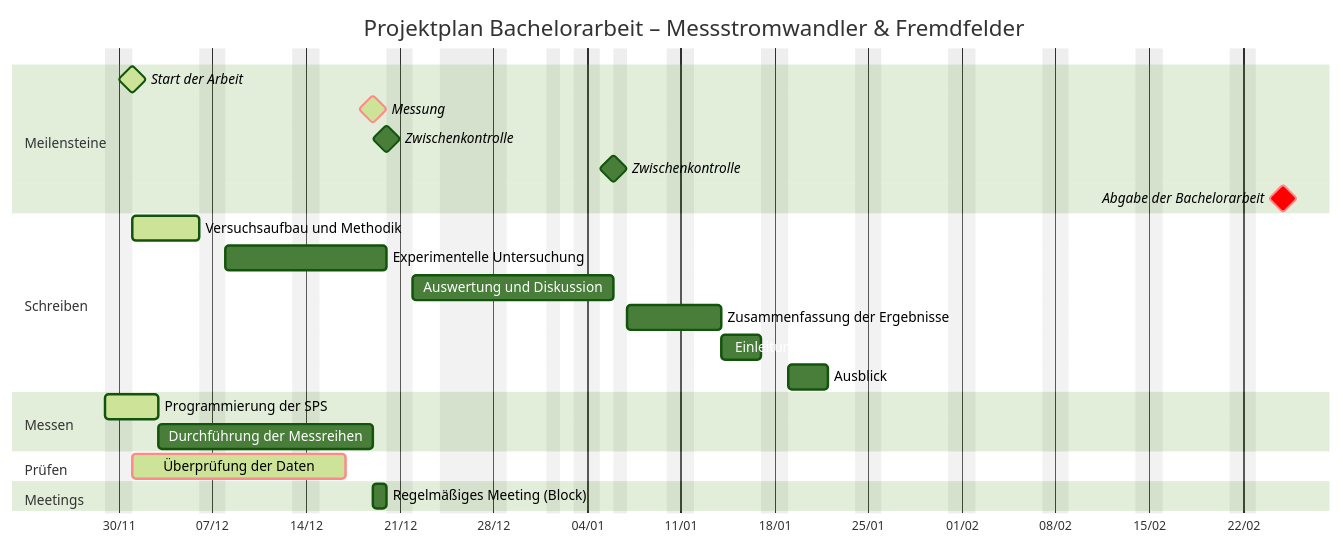
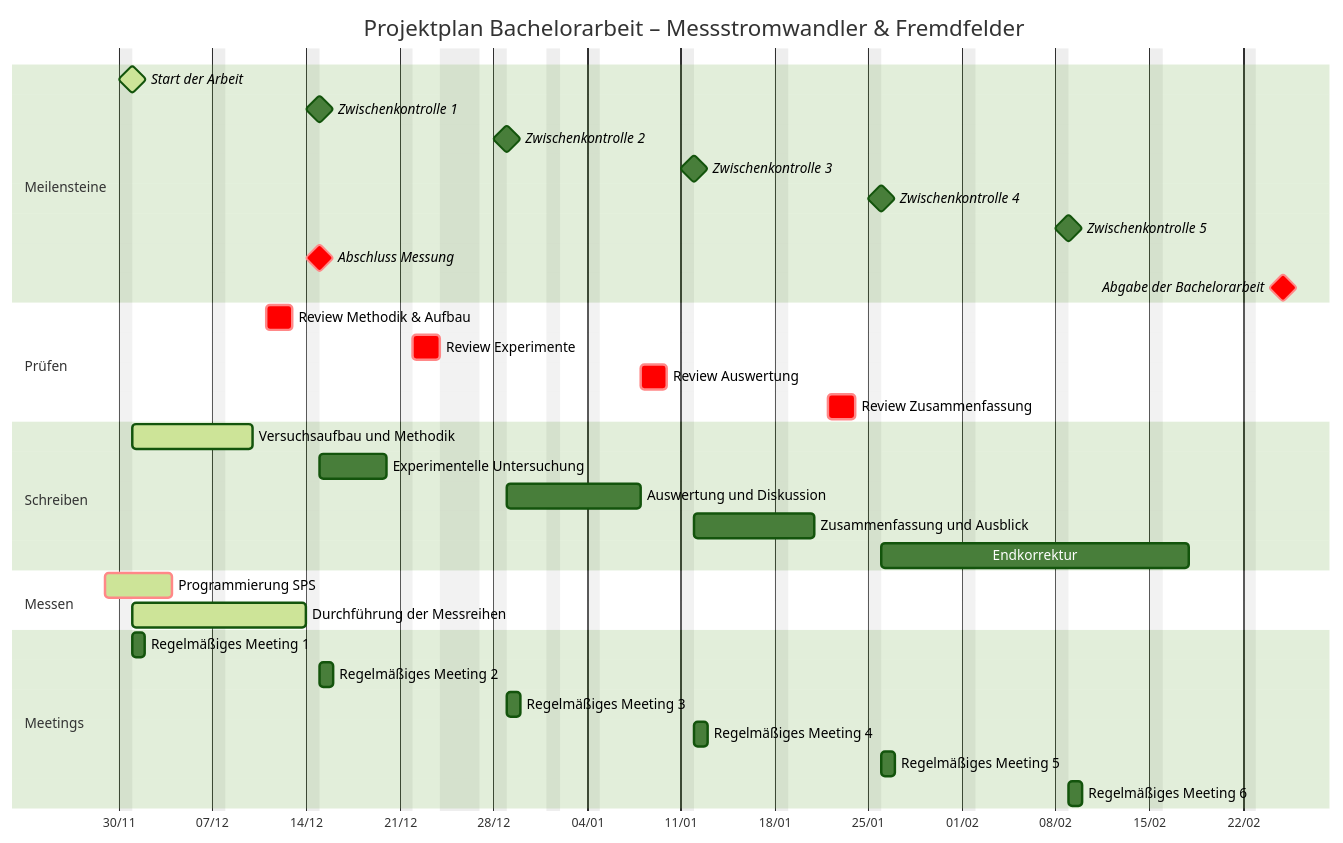
Before and after one commit to oliverschmidt99/Bachelorarbeit-Fremdfeldbeeinflussung-Messstromwandler: the diagram in README.md, drawn with Mermaid (forest theme). The commit also changed other lines of this file, not shown here.

Commit message:
refactor: Überarbeitung der Projektübersicht, Anpassung des Zeitplans und Verbesserung der Struktur in der README

````diff
--- a/README.md
+++ b/README.md
@@ -20,58 +16,78 @@
 ```mermaid
 gantt
     title Projektplan Bachelorarbeit – Messstromwandler & Fremdfelder
     dateFormat  YYYY-MM-DD
     axisFormat %d/%m
-    excludes    2025-12-24, 2025-12-25, 2025-12-26, 2026-01-01, 2026-01-06, weekends
+    excludes    2025-12-24, 2025-12-25, 2025-12-26, 2026-01-01, sunday
 
     %% ==============================================================================
-    %% LEGENDE / BEFEHLE
+    %% MEILENSTEINE (Alle 14 Tage)
     %% ==============================================================================
-    %% :milestone -> Erzeugt eine Raute (Wichtig: Dauer auf 0d setzen!)
-    %% :crit      -> Roter Rahmen/Füllung (Kritisch)
-    %% :active    -> In Bearbeitung
-    %% :done      -> Erledigt
-    %% ==============================================================================
+    section Meilensteine
+    Start der Arbeit                    :active, milestone, start, 2025-12-01, 0d
+
+    Zwischenkontrolle 1                 :milestone, zk1, 2025-12-15, 0d
+    Zwischenkontrolle 2                 :milestone, zk2, 2025-12-29, 0d
+    Zwischenkontrolle 3                 :milestone, zk3, 2026-01-12, 0d
+    Zwischenkontrolle 4                 :milestone, zk4, 2026-01-26, 0d
+    Zwischenkontrolle 5                 :milestone, zk5, 2026-02-09, 0d
+
+    Abschluss Messung                   :crit, milestone, mess_ende, after messung_1, 0d
+    Abgabe der Bachelorarbeit           :crit, milestone, abgabe, 2026-02-25, 0d
 
 
-    %% ============================
-    %% Wichtige Meilensteine (NEU)
-    %% ============================
-    section Meilensteine
-    Start der Arbeit                    :active,milestone, start, 2025-12-01, 0d
-    Messung                             :active, crit, milestone, after messung_1, 0d
-    Zwischenkontrolle                   :milestone, after pruefung_1, 2025-12-20, 0d
-    Zwischenkontrolle                   :milestone, after pruefung_1, 2026-01-06, 0d
-    Abgabe der Bachelorarbeit           :crit, milestone, abgabe, 2026-02-25, 0d
+    %% ==============================================================================
+    %% PRÜFEN (Reviews immer 2 Tage VOR dem Meilenstein/Meeting)
+    %% ==============================================================================
+    section Prüfen
+    %% ZK1 ist am 15.12 (Mo) -> Prüfung am Do/Fr davor
+    Review Methodik & Aufbau            :crit, rev1, 2025-12-11, 2d
 
-    %% ============================
-    %% Bachelorarbeit – Schreiben
-    %% ============================
+    %% ZK2 ist am 29.12 (Mo) -> 24-26 sind frei -> Prüfung am 22./23.12
+    Review Experimente                  :crit, rev2, 2025-12-22, 2d
+
+    %% ZK3 ist am 12.01 (Mo) -> Prüfung am Do/Fr davor (08./09.01)
+    Review Auswertung                   :crit, rev3, 2026-01-08, 2d
+
+    %% ZK4 ist am 26.01 (Mo) -> Prüfung am Do/Fr davor (22./23.01)
+    Review Zusammenfassung              :crit, rev4, 2026-01-22, 2d
+
+
+    %% ==============================================================================
+    %% SCHREIBEN (Passt sich an die Reviews an)
+    %% ==============================================================================
     section Schreiben
-    Versuchsaufbau und Methodik         :active, methodik_1, 2025-12-01, 5d
-    Experimentelle Untersuchung         :experiment_1, after methodik_1, 10d
-    Auswertung und Diskussion           :auswertung_1, after experiment_1, 7d
-    Zusammenfassung der Ergebnisse      :zusammenfassung_1, after auswertung_1, 5d
-    Einleitung                          :einleitung_1, after zusammenfassung_1, 3d
-    Ausblick                            :ausblick_1, after einleitung_1, 3d
+    %% Phase 1: Bis zum ersten Review
+    Versuchsaufbau und Methodik         :active, write1, 2025-12-01, 8d
+
+    %% Phase 2: Nach ZK1 bis zum nächsten Review (Weihnachtspause beachten!)
+    Experimentelle Untersuchung         :write2, after zk1, 5d
+
+    %% Phase 3: Nach ZK2 bis zum nächsten Review
+    Auswertung und Diskussion           :write3, after zk2, 8d
+
+    %% Phase 4: Nach ZK3 bis zum nächsten Review
+    Zusammenfassung und Ausblick        :write4, after zk3, 8d
+
+    %% Feinschliff bis zur Abgabe
+    Endkorrektur                        :write5, after zk4, 20d
+
 
     %% ============================
     %% Messreihen & Datenerhebung
     %% ============================
     section Messen
-    Programmierung der SPS              :active, programmierung_1, 2025-11-29, 3d
-    Durchführung der Messreihen         :messung_1, after programmierung_1, 12d
-
+    Programmierung SPS                  :active, crit, prog_1, 2025-11-29, 4d
+    Durchführung der Messreihen         :active, messung_1, 2025-12-01, 12d
 
     %% ============================
-    %% Prüfung
-    %% ============================
-    section Prüfen
-    Überprüfung der Daten               :crit, active, pruefung_1, 2025-12-01, 12d
-
-    %% ============================
-    %% Meetings
+    %% Meetings (Manuell berechnet)
     %% ============================
     section Meetings
-    Regelmäßiges Meeting (Block)        :meeting_1, 2025-12-19, 1d
+    Regelmäßiges Meeting 1              :meeting_1, 2025-12-01, 1d
+    Regelmäßiges Meeting 2              :meeting_2, 2025-12-15, 1d
+    Regelmäßiges Meeting 3              :meeting_3, 2025-12-29, 1d
+    Regelmäßiges Meeting 4              :meeting_4, 2026-01-12, 1d
+    Regelmäßiges Meeting 5              :meeting_5, 2026-01-26, 1d
+    Regelmäßiges Meeting 6              :meeting_6, 2026-02-09, 1d
 ```
````
